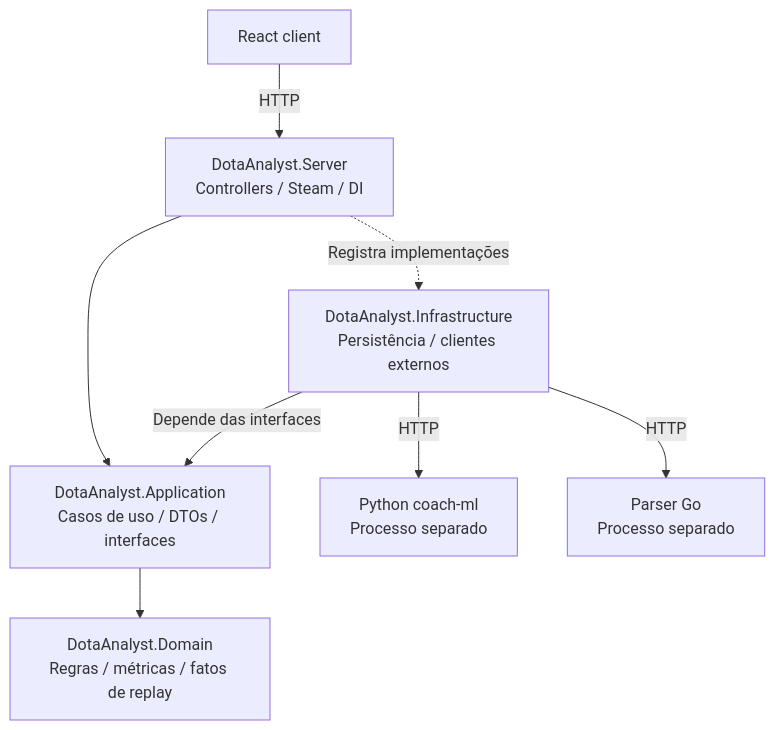
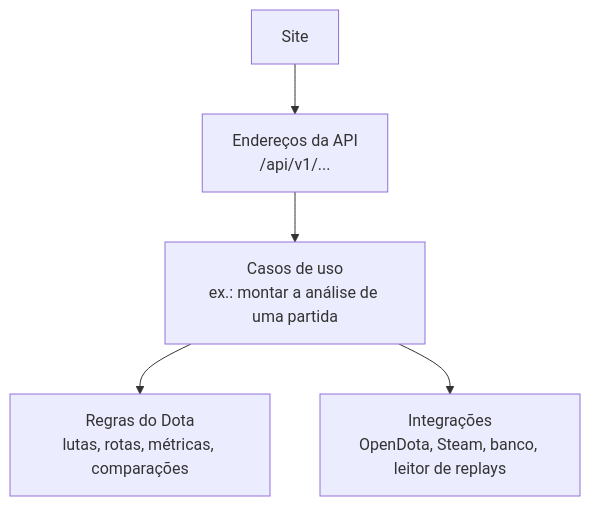
One commit to andreomorg/dota_analyst changed the third of 9 diagrams in README.md. Above: the diagram before and after it, drawn with Mermaid. The commit also changed other lines of this file and 4 other files, not shown here.

````diff
--- a/README.md
+++ b/README.md
@@ -238,10 +59,7 @@
 ```mermaid
 flowchart TD
-    React["React client"] -->|HTTP| Server["DotaAnalyst.Server<br/>Controllers / Steam / DI"]
-    Server --> Application["DotaAnalyst.Application<br/>Casos de uso / DTOs / interfaces"]
-    Application --> Domain["DotaAnalyst.Domain<br/>Regras / métricas / fatos de replay"]
-    Server -. "Registra implementações" .-> Infrastructure["DotaAnalyst.Infrastructure<br/>Persistência / clientes externos"]
-    Infrastructure -->|"Depende das interfaces"| Application
-    Infrastructure -->|HTTP| Python["Python coach-ml<br/>Processo separado"]
-    Infrastructure -->|HTTP| Go["Parser Go<br/>Processo separado"]
+    Site["Site"] --> Controllers["Endereços da API<br/>/api/v1/..."]
+    Controllers --> UseCases["Casos de uso<br/>ex.: montar a análise de uma partida"]
+    UseCases --> Rules["Regras do Dota<br/>lutas, rotas, métricas, comparações"]
+    UseCases --> Outside["Integrações<br/>OpenDota, Steam, banco, leitor de replays"]
 ```
````
